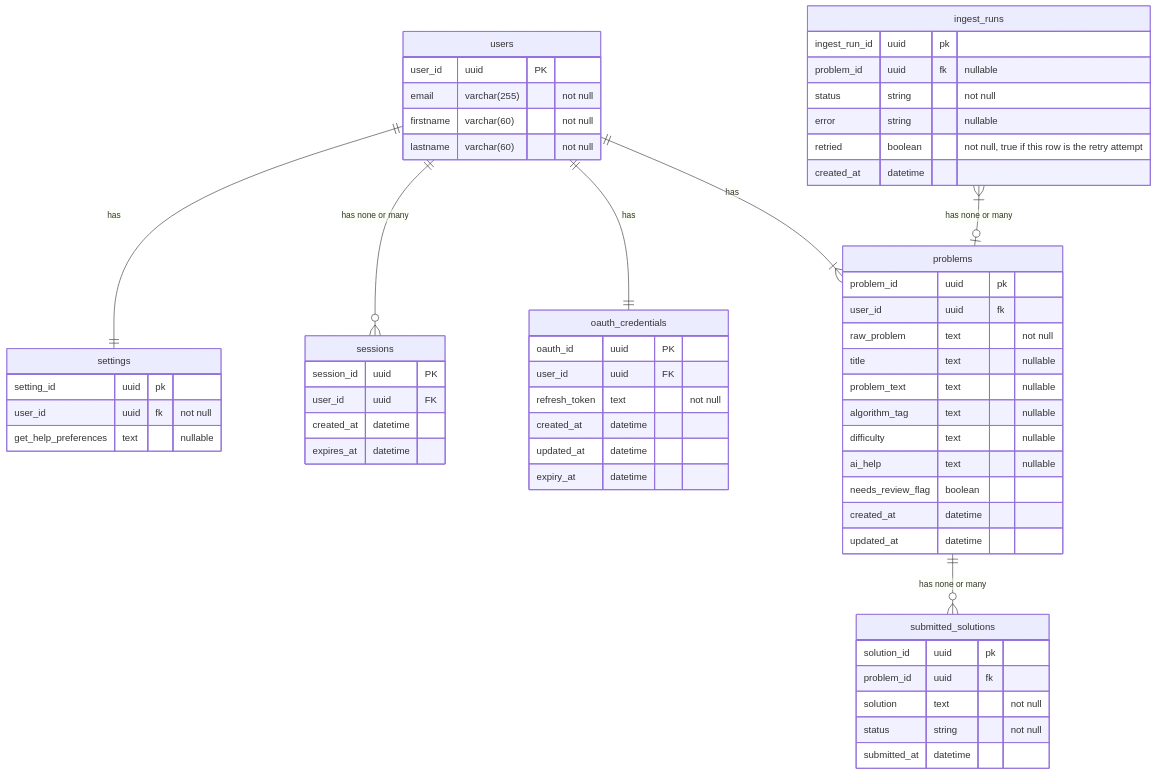
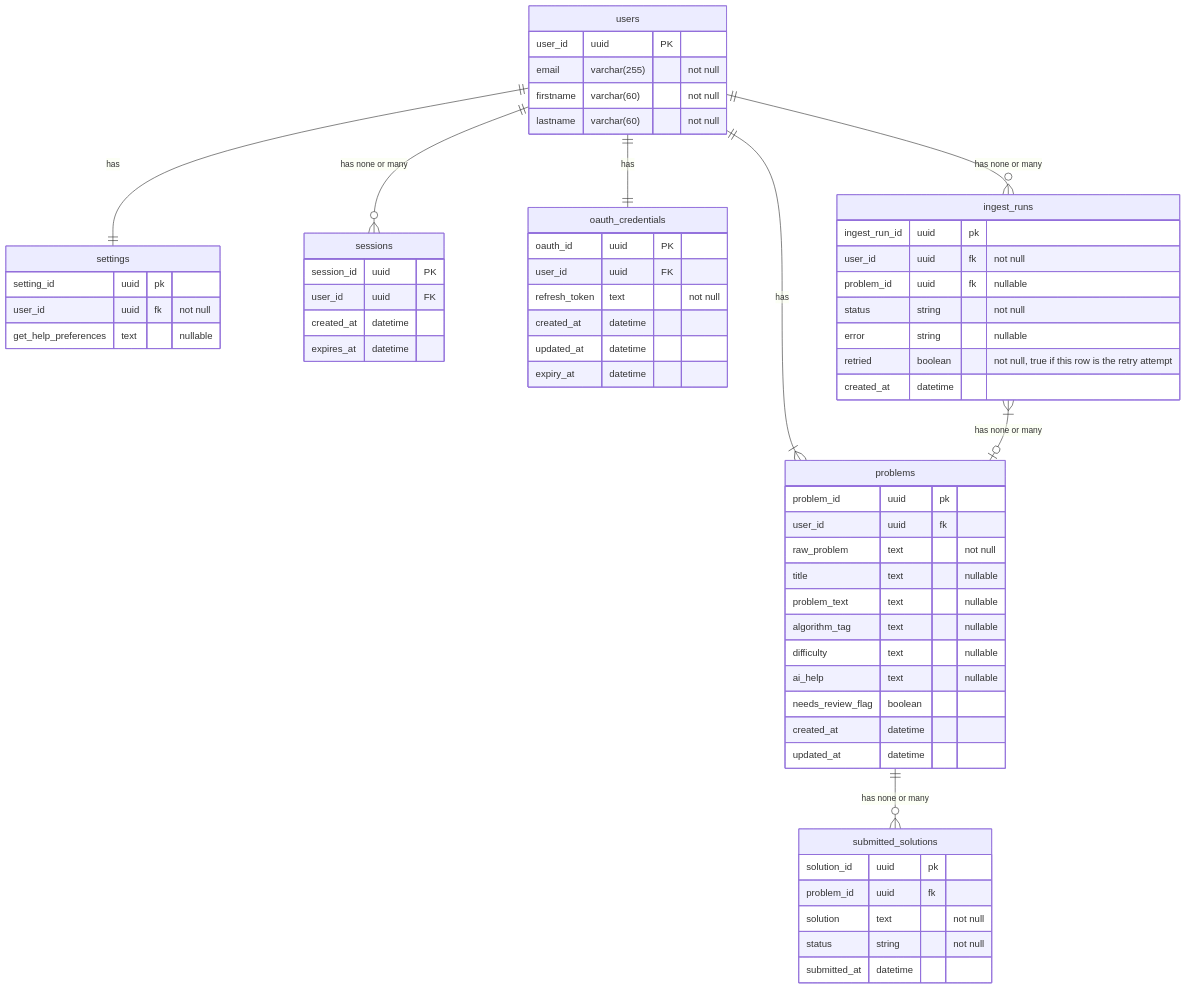
Before and after one commit to sabi1125/daily-coding-companion: the diagram in api-docs/er_diagram.md, drawn with Mermaid. The commit also changed 1 other file, not shown here.

Commit message:
docs: created Get problems API

````diff
--- a/api-docs/er_diagram.md
+++ b/api-docs/er_diagram.md
@@ -3,69 +3,71 @@
 ```mermaid
 erDiagram
 users {
     user_id uuid PK
     email varchar(255) "not null"
     firstname varchar(60) "not null"
     lastname varchar(60) "not null"
 }
 
 settings {
     setting_id uuid pk
     user_id uuid fk "not null"
     get_help_preferences text "nullable"
 }
 
 sessions {
     session_id uuid PK
     user_id uuid FK
     created_at datetime
     expires_at datetime
 }
 
 oauth_credentials {
     oauth_id uuid PK
     user_id uuid FK
     refresh_token text "not null"
     created_at datetime
     updated_at datetime
     expiry_at datetime
 }
 
 problems {
     problem_id uuid pk
     user_id uuid fk
     raw_problem text "not null"
     title text "nullable"
     problem_text text "nullable"
     algorithm_tag text "nullable"
     difficulty text "nullable"
     ai_help text "nullable"
     needs_review_flag boolean
     created_at datetime
     updated_at datetime
 }
 
 submitted_solutions {
     solution_id uuid pk
     problem_id uuid fk
     solution text "not null"
     status string "not null"
     submitted_at datetime
 }
 
 ingest_runs {
     ingest_run_id uuid pk
+    user_id uuid fk "not null"
     problem_id uuid fk "nullable"
     status string "not null"
     error string "nullable"
     retried boolean "not null, true if this row is the retry attempt"
     created_at datetime
 }
 
 users ||--o{ sessions : "has none or many"
 users ||--|| oauth_credentials : "has"
 users ||--|{ problems: "has"
 users ||--|| settings: "has"
+users ||--o{ ingest_runs : "has none or many"
 ingest_runs }|--o| problems : "has none or many"
 problems ||--o{ submitted_solutions: "has none or many"
 ```
````
